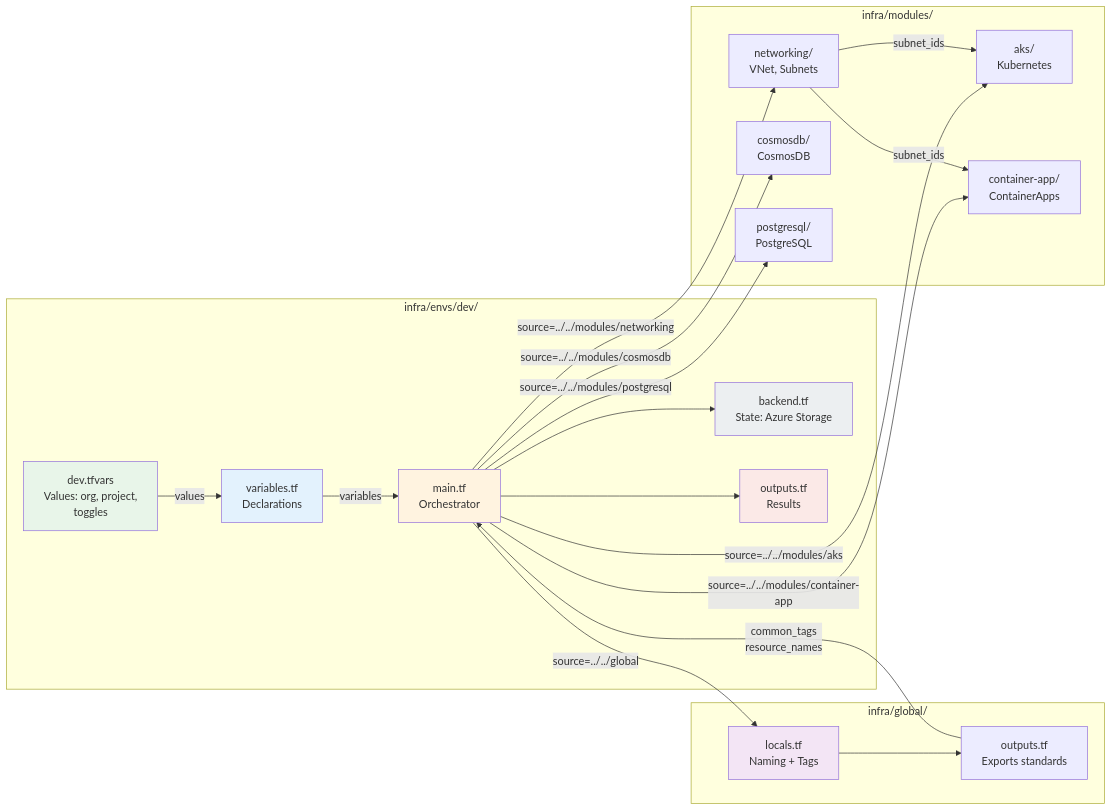
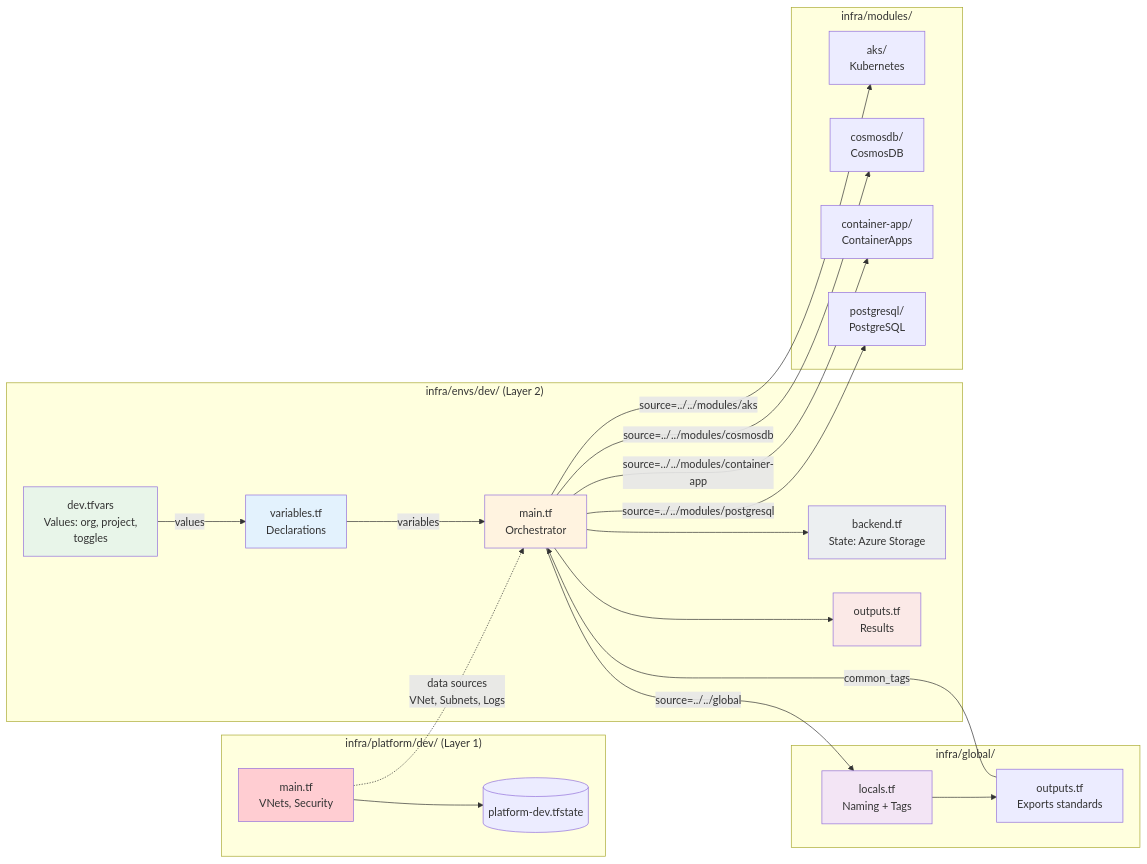
Before and after one commit to sandy-gunawan/demoterraform: the sixth of 10 diagrams in docs/demo/06-DIAGRAMS.md, drawn with Mermaid. The commit also changed other lines of this file and 42 other files, not shown here.

````diff
--- a/docs/demo/06-DIAGRAMS.md
+++ b/docs/demo/06-DIAGRAMS.md
@@ -249,48 +258,52 @@
 ```mermaid
 graph LR
-    subgraph "infra/envs/dev/"
+    subgraph "infra/platform/dev/ (Layer 1)"
+        PLT_MA[main.tf<br/>VNets, Security]
+        PLT_STATE[(platform-dev.tfstate)]
+        PLT_MA --> PLT_STATE
+    end
+
+    subgraph "infra/envs/dev/ (Layer 2)"
         BE[backend.tf<br/>State: Azure Storage]
         TV[dev.tfvars<br/>Values: org, project,<br/>toggles]
         VA[variables.tf<br/>Declarations]
         MA[main.tf<br/>Orchestrator]
         OU[outputs.tf<br/>Results]
     end
 
     subgraph "infra/global/"
         GL[locals.tf<br/>Naming + Tags]
         GO[outputs.tf<br/>Exports standards]
     end
 
     subgraph "infra/modules/"
-        MN[networking/<br/>VNet, Subnets]
         MA_AKS[aks/<br/>Kubernetes]
         MC[cosmosdb/<br/>CosmosDB]
         MCA[container-app/<br/>ContainerApps]
         MP[postgresql/<br/>PostgreSQL]
     end
 
     TV -->|"values"| VA
     VA -->|"variables"| MA
     MA -->|"source=../../global"| GL
     GL --> GO
-    GO -->|"common_tags<br/>resource_names"| MA
+    GO -->|"common_tags"| MA
     
-    MA -->|"source=../../modules/networking"| MN
+    PLT_MA -.->|"data sources<br/>VNet, Subnets, Logs"| MA
+    
     MA -->|"source=../../modules/aks"| MA_AKS
     MA -->|"source=../../modules/cosmosdb"| MC
     MA -->|"source=../../modules/container-app"| MCA
     MA -->|"source=../../modules/postgresql"| MP
-
-    MN -->|"subnet_ids"| MA_AKS
-    MN -->|"subnet_ids"| MCA
 
     MA --> OU
     MA --> BE
 
     style BE fill:#ECEFF1
     style TV fill:#E8F5E9
     style VA fill:#E3F2FD
     style MA fill:#FFF3E0
     style OU fill:#FBE9E7
     style GL fill:#F3E5F5
+    style PLT_MA fill:#FFCDD2
 ```
````
